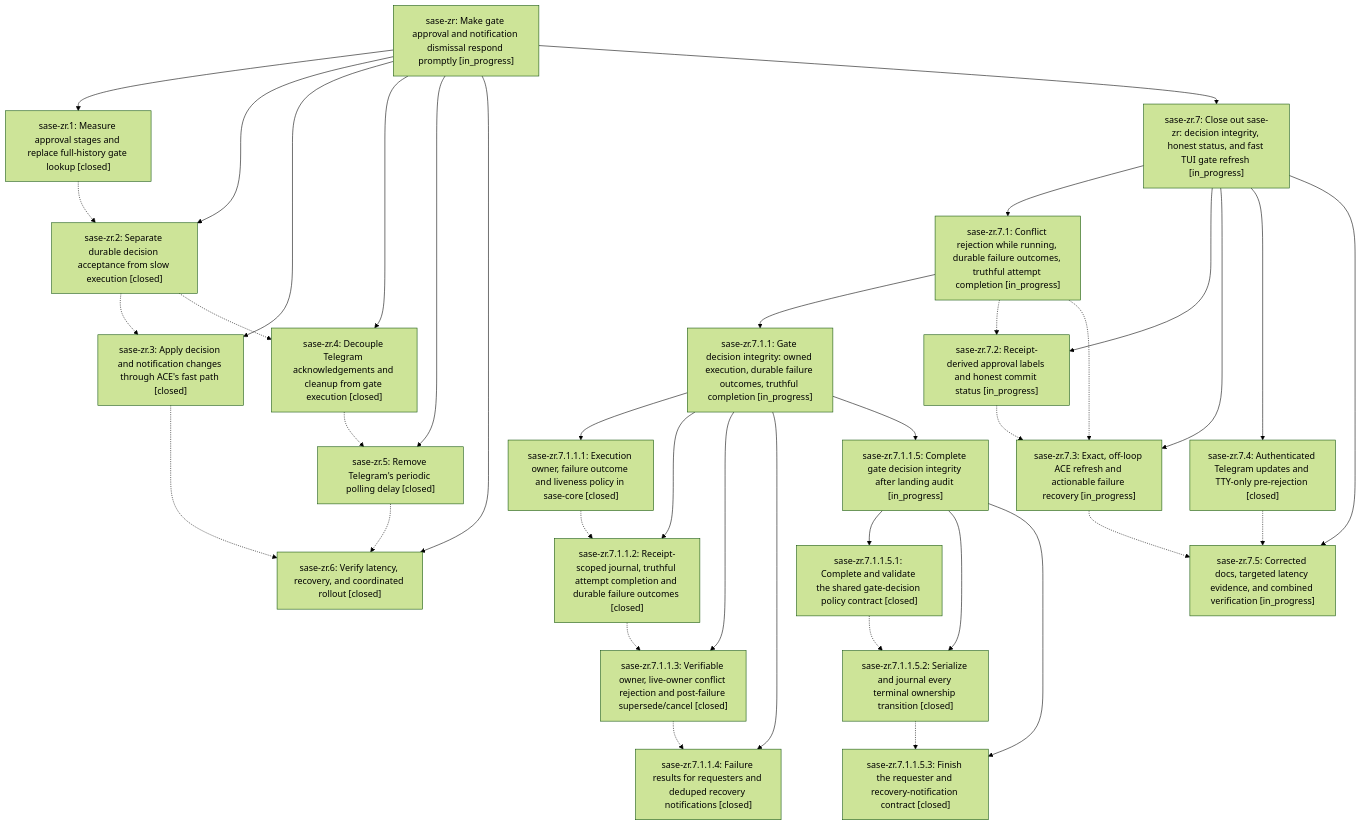
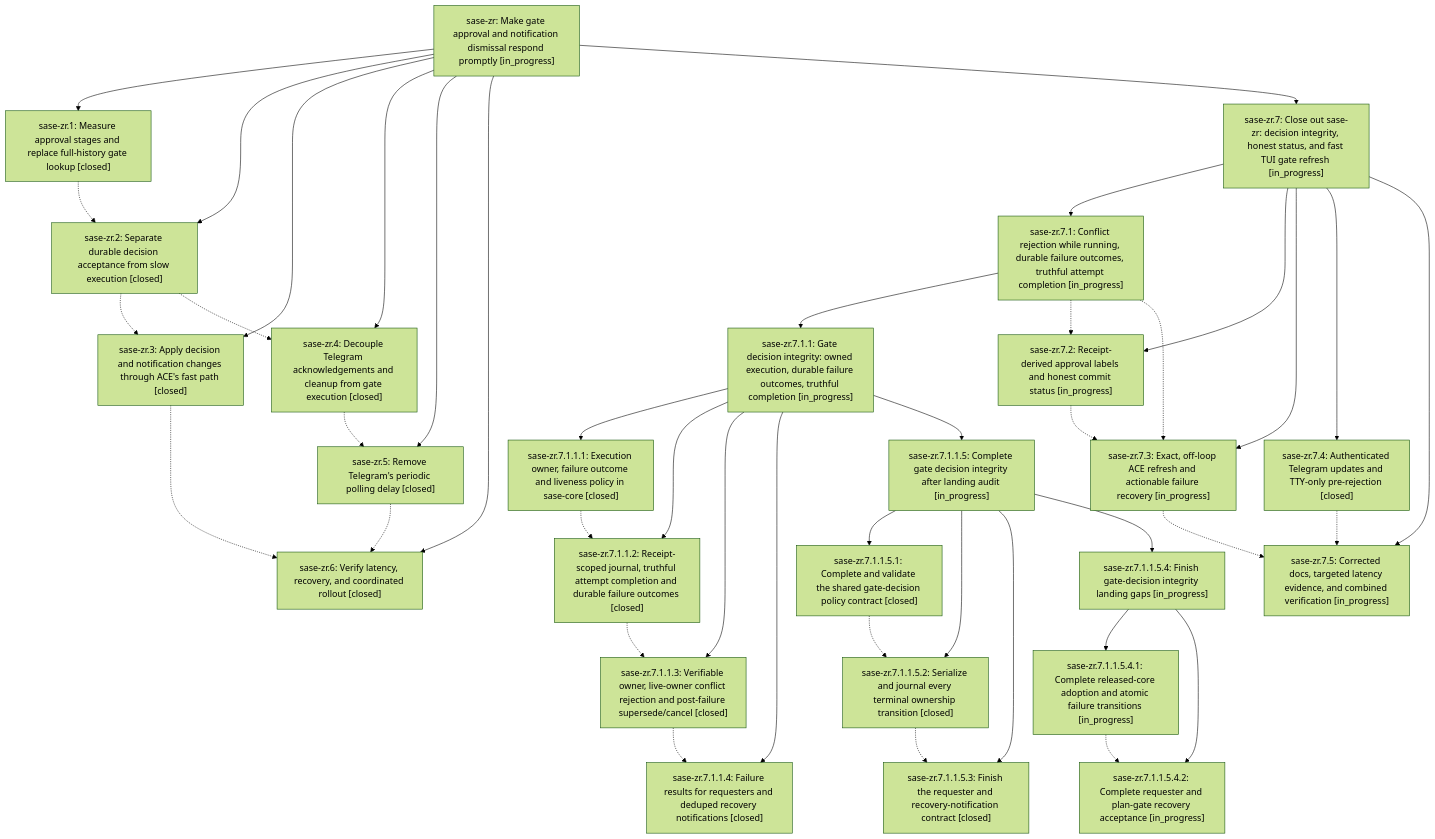
One commit to sase-org/sase--beads changed the diagram in pages/sase-zr/README.md. Above: the diagram before and after it, drawn with Mermaid (forest theme). The commit also changed other lines of this file and 4 other files, not shown here.

````diff
--- a/pages/sase-zr/README.md
+++ b/pages/sase-zr/README.md
@@ -92,62 +92,69 @@
 ```mermaid
 flowchart TD
     n0["sase-zr: Make gate approval and notification dismissal respond promptly [in_progress]"]
     n1["sase-zr.1: Measure approval stages and replace full-history gate lookup [closed]"]
     n2["sase-zr.2: Separate durable decision acceptance from slow execution [closed]"]
     n3["sase-zr.3: Apply decision and notification changes through ACE's fast path [closed]"]
     n4["sase-zr.4: Decouple Telegram acknowledgements and cleanup from gate execution [closed]"]
     n5["sase-zr.5: Remove Telegram's periodic polling delay [closed]"]
     n6["sase-zr.6: Verify latency, recovery, and coordinated rollout [closed]"]
     n7["sase-zr.7: Close out sase-zr: decision integrity, honest status, and fast TUI gate refresh [in_progress]"]
     n8["sase-zr.7.1: Conflict rejection while running, durable failure outcomes, truthful attempt completion [in_progress]"]
     n9["sase-zr.7.1.1: Gate decision integrity: owned execution, durable failure outcomes, truthful completion [in_progress]"]
     n10["sase-zr.7.1.1.1: Execution owner, failure outcome and liveness policy in sase-core [closed]"]
     n11["sase-zr.7.1.1.2: Receipt-scoped journal, truthful attempt completion and durable failure outcomes [closed]"]
     n12["sase-zr.7.1.1.3: Verifiable owner, live-owner conflict rejection and post-failure supersede/cancel [closed]"]
     n13["sase-zr.7.1.1.4: Failure results for requesters and deduped recovery notifications [closed]"]
     n14["sase-zr.7.1.1.5: Complete gate decision integrity after landing audit [in_progress]"]
     n15["sase-zr.7.1.1.5.1: Complete and validate the shared gate-decision policy contract [closed]"]
     n16["sase-zr.7.1.1.5.2: Serialize and journal every terminal ownership transition [closed]"]
     n17["sase-zr.7.1.1.5.3: Finish the requester and recovery-notification contract [closed]"]
-    n18["sase-zr.7.2: Receipt-derived approval labels and honest commit status [in_progress]"]
-    n19["sase-zr.7.3: Exact, off-loop ACE refresh and actionable failure recovery [in_progress]"]
-    n20["sase-zr.7.4: Authenticated Telegram updates and TTY-only pre-rejection [closed]"]
-    n21["sase-zr.7.5: Corrected docs, targeted latency evidence, and combined verification [in_progress]"]
+    n18["sase-zr.7.1.1.5.4: Finish gate-decision integrity landing gaps [in_progress]"]
+    n19["sase-zr.7.1.1.5.4.1: Complete released-core adoption and atomic failure transitions [in_progress]"]
+    n20["sase-zr.7.1.1.5.4.2: Complete requester and plan-gate recovery acceptance [in_progress]"]
+    n21["sase-zr.7.2: Receipt-derived approval labels and honest commit status [in_progress]"]
+    n22["sase-zr.7.3: Exact, off-loop ACE refresh and actionable failure recovery [in_progress]"]
+    n23["sase-zr.7.4: Authenticated Telegram updates and TTY-only pre-rejection [closed]"]
+    n24["sase-zr.7.5: Corrected docs, targeted latency evidence, and combined verification [in_progress]"]
     n0 --> n1
     n0 --> n2
     n0 --> n3
     n0 --> n4
     n0 --> n5
     n0 --> n6
     n0 --> n7
     n7 --> n8
     n8 --> n9
     n9 --> n10
     n9 --> n11
     n9 --> n12
     n9 --> n13
     n9 --> n14
     n14 --> n15
     n14 --> n16
     n14 --> n17
-    n7 --> n18
-    n7 --> n19
-    n7 --> n20
+    n14 --> n18
+    n18 --> n19
+    n18 --> n20
     n7 --> n21
+    n7 --> n22
+    n7 --> n23
+    n7 --> n24
     n1 -.-> n2
     n2 -.-> n3
     n2 -.-> n4
     n3 -.-> n6
     n4 -.-> n5
     n5 -.-> n6
-    n8 -.-> n18
-    n8 -.-> n19
+    n8 -.-> n21
+    n8 -.-> n22
     n10 -.-> n11
     n11 -.-> n12
     n12 -.-> n13
     n15 -.-> n16
     n16 -.-> n17
-    n18 -.-> n19
-    n19 -.-> n21
-    n20 -.-> n21
+    n19 -.-> n20
+    n21 -.-> n22
+    n22 -.-> n24
+    n23 -.-> n24
 ```
````
